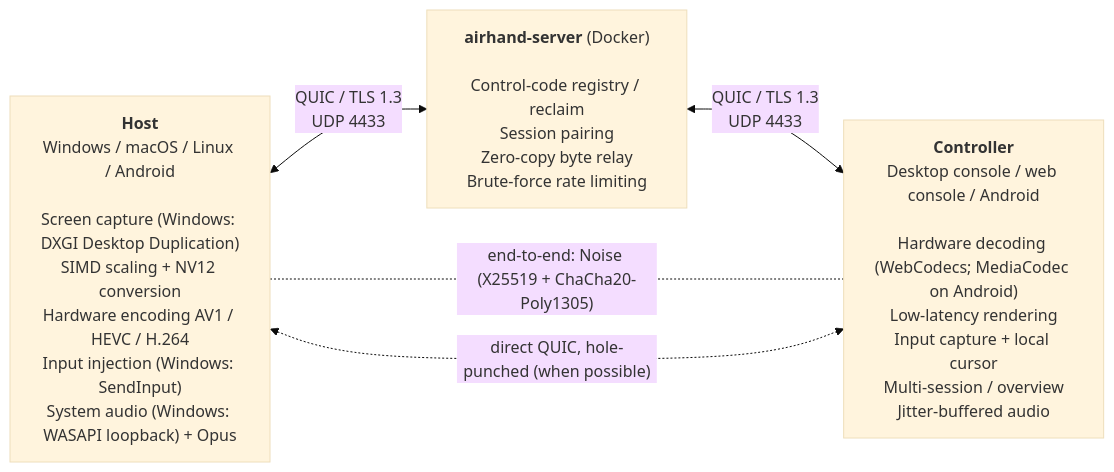
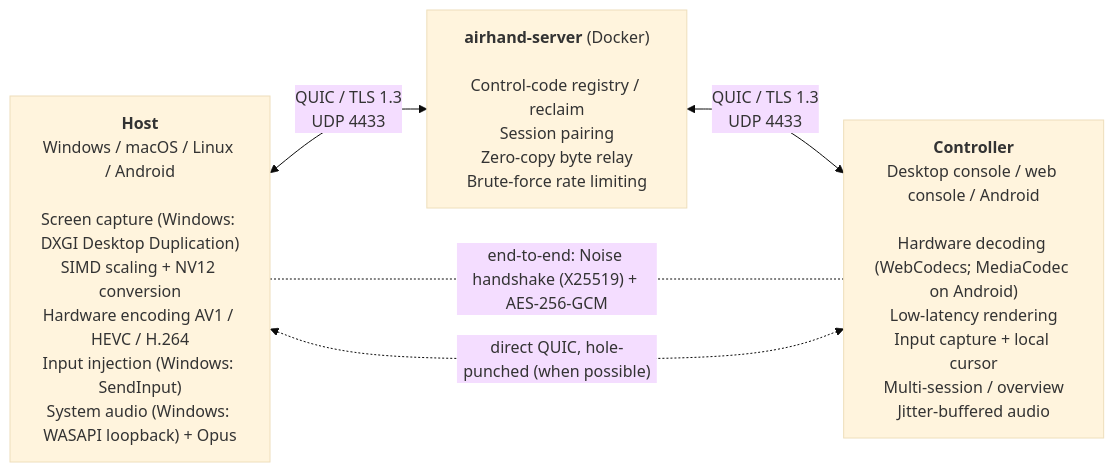
The diagram in docs/architecture.md (sqlpxc/airhand), drawn with Mermaid (base theme) before and after one commit. The commit also changed other lines of this file and 56 other files, not shown here.

````diff
--- a/docs/architecture.md
+++ b/docs/architecture.md
@@ -7,10 +7,10 @@
 ```mermaid
 flowchart LR
     host["<b>Host</b><br>Windows / macOS / Linux / Android<br><br>Screen capture (Windows: DXGI Desktop Duplication)<br>SIMD scaling + NV12 conversion<br>Hardware encoding AV1 / HEVC / H.264<br>Input injection (Windows: SendInput)<br>System audio (Windows: WASAPI loopback) + Opus"]
     relay["<b>airhand-server</b> (Docker)<br><br>Control-code registry / reclaim<br>Session pairing<br>Zero-copy byte relay<br>Brute-force rate limiting"]
     ctrl["<b>Controller</b><br>Desktop console / web console / Android<br><br>Hardware decoding (WebCodecs; MediaCodec on Android)<br>Low-latency rendering<br>Input capture + local cursor<br>Multi-session / overview<br>Jitter-buffered audio"]
     host <-->|"QUIC / TLS 1.3<br>UDP 4433"| relay
     relay <-->|"QUIC / TLS 1.3<br>UDP 4433"| ctrl
-    host -. "end-to-end: Noise (X25519 + ChaCha20-Poly1305)" .- ctrl
+    host -. "end-to-end: Noise handshake (X25519) + AES-256-GCM" .- ctrl
     host <-. "direct QUIC, hole-punched (when possible)" .-> ctrl
 ```
````
